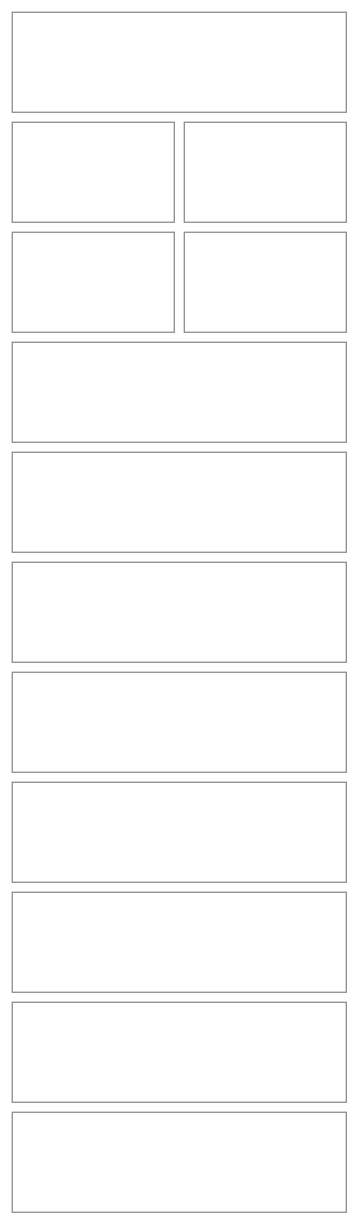
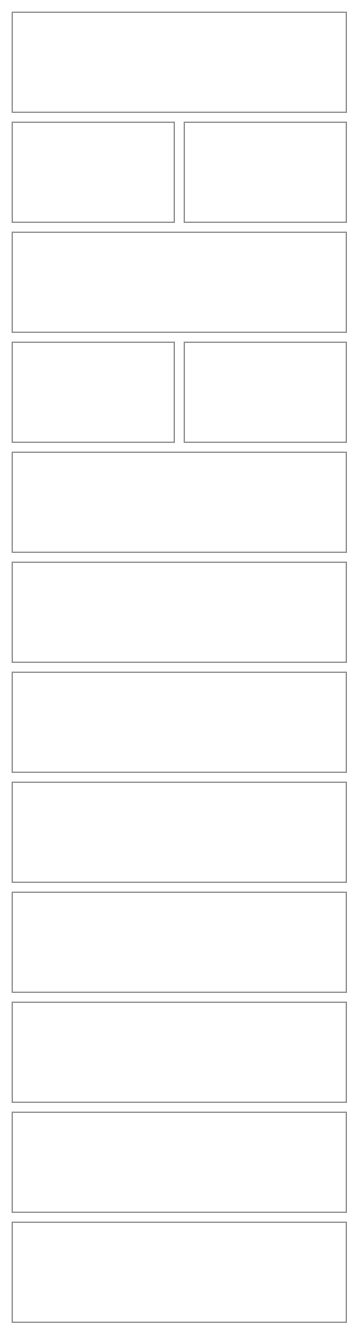
Before and after one commit to NovaMoonX/moondreams-dev-apps: diagram 17 of 36 in src/apps/pinch/UX.md, drawn with Mermaid. The commit also changed other lines of this file and 13 other files, not shown here.

First line of the commit message:
Pinch: shopping list (work in progress)

````diff
--- a/src/apps/pinch/UX.md
+++ b/src/apps/pinch/UX.md
@@ -544,31 +553,33 @@
 ```mermaid
 %%{init: {'theme': 'base', 'themeVariables': {'primaryColor': 'transparent', 'primaryBorderColor': '#888888', 'primaryTextColor': '#333333', 'lineColor': '#888888'}}}%%
 block-beta
   columns 2
   K1["Kitchen"]:2
   K2["🏪 Stores  ·  6"]:1
   K3["🛒 Products  ·  14"]:1
+  K3b["📋 Shopping list  ·  7"]:2
   K4["INGREDIENTS  42"]:1
   K5["+ New"]:1
   K6["🔍 Search   ⧩ 2   👁"]:2
   K6b["[ Yours ]   All"]:2
   K7["Needs a price · in Yours  ✕   Clear"]:2
   K8["— Chicken —"]:2
   K9["Chicken breast<br/>Walmart · $9.48 / 3 lb<br/>🔥 165 · 💪 31g per 100 g"]:2
   K11["Chicken thighs<br/>No price yet<br/>🔥 209 · 💪 26g per 100 g"]:2
   K13["— Rice —"]:2
   K14["Jasmine rice<br/>Costco · $14.99 / 20 lb<br/>🔥 360 · 💪 7g per 100 g"]:2
   style K1 fill:transparent,stroke:#888888,stroke-width:1px;
   style K2 fill:transparent,stroke:#888888,stroke-width:1px;
   style K3 fill:transparent,stroke:#888888,stroke-width:1px;
+  style K3b fill:transparent,stroke:#888888,stroke-width:1px;
   style K4 fill:transparent,stroke:#888888,stroke-width:1px;
   style K5 fill:transparent,stroke:#888888,stroke-width:1px;
   style K6 fill:transparent,stroke:#888888,stroke-width:1px;
   style K6b fill:transparent,stroke:#888888,stroke-width:1px;
   style K7 fill:transparent,stroke:#888888,stroke-width:1px;
   style K8 fill:transparent,stroke:#888888,stroke-width:1px;
   style K9 fill:transparent,stroke:#888888,stroke-width:1px;
   style K11 fill:transparent,stroke:#888888,stroke-width:1px;
   style K13 fill:transparent,stroke:#888888,stroke-width:1px;
   style K14 fill:transparent,stroke:#888888,stroke-width:1px;
 ```
````
